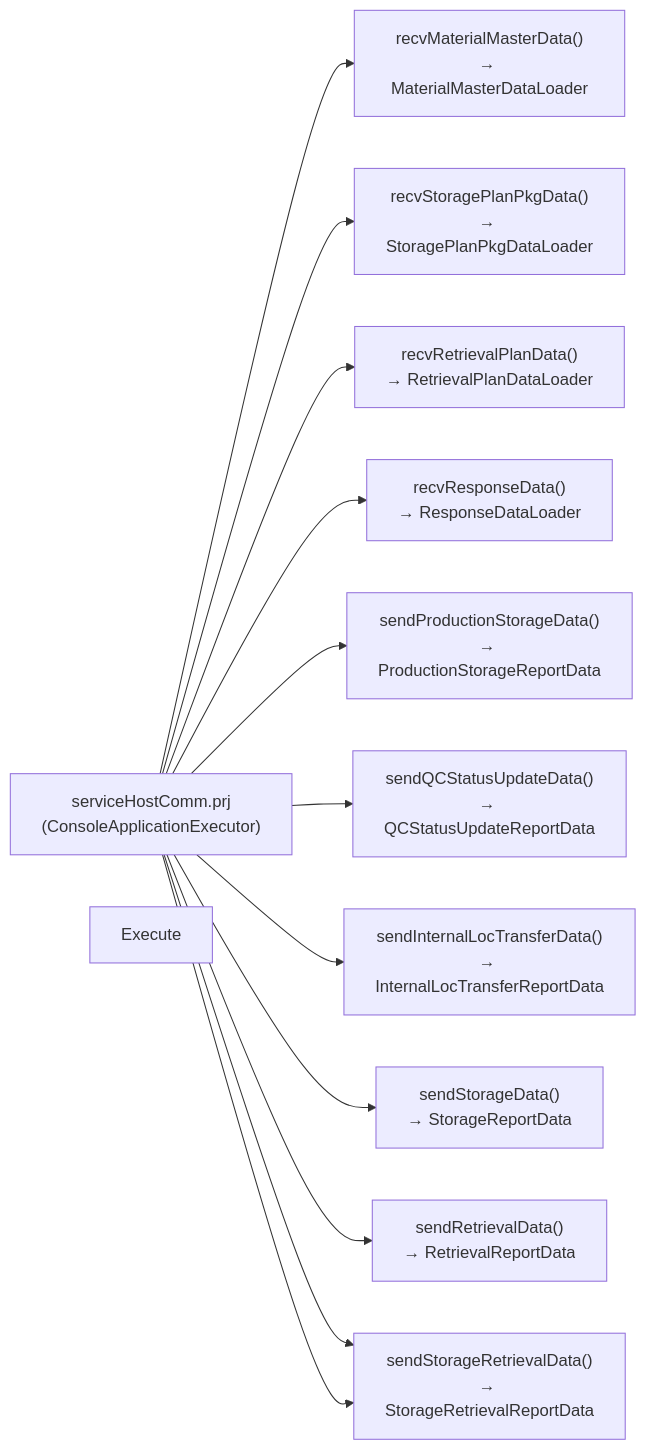
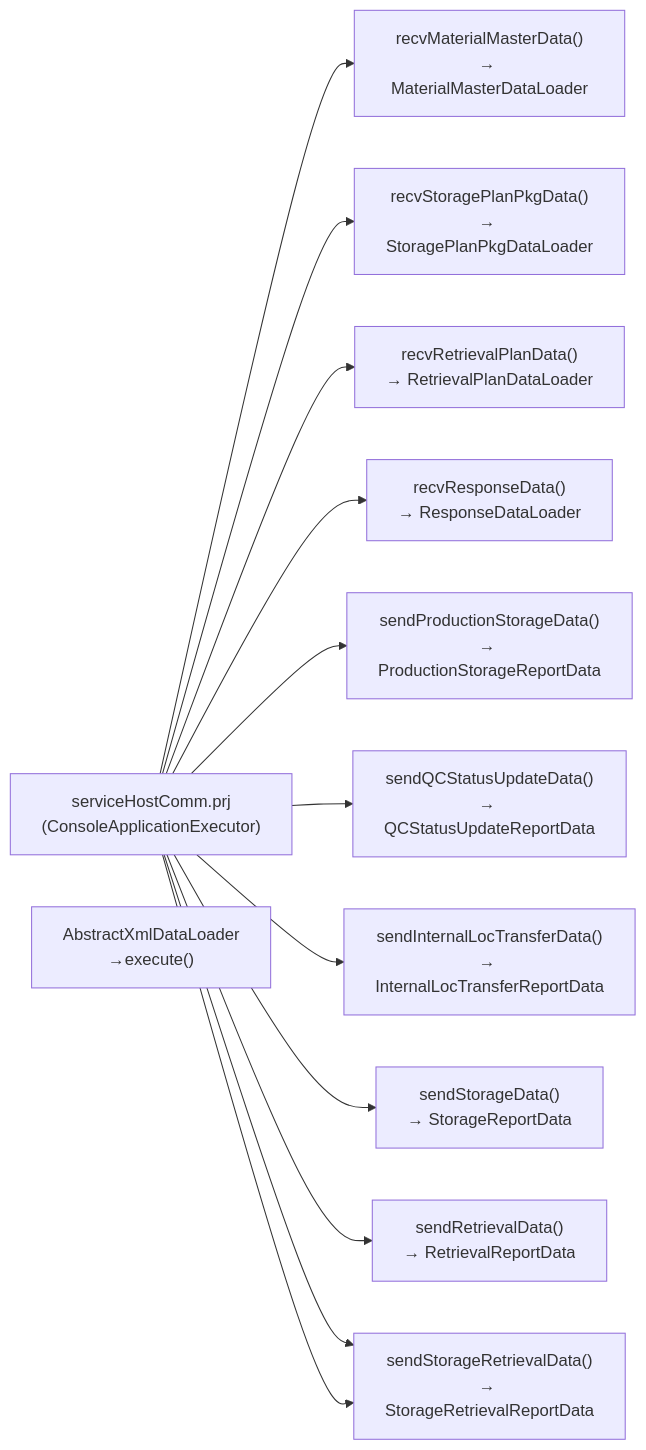
The diagram in Basic-Design/Host-Interfaces.md (luthfiadityaa/SimeDarby-Wiki), drawn with Mermaid before and after one commit.

Commit message:
Updated Host Interfaces

```diff
--- a/Basic-Design/Host-Interfaces.md
+++ b/Basic-Design/Host-Interfaces.md
@@ -31,27 +31,27 @@
 ::: mermaid
 flowchart LR
         C1["serviceHostComm.prj<br>(ConsoleApplicationExecutor)"]
         C2["recvMaterialMasterData()<br>→ MaterialMasterDataLoader"]
         C3["recvStoragePlanPkgData()<br>→ StoragePlanPkgDataLoader"]
         C4["recvRetrievalPlanData()<br>→ RetrievalPlanDataLoader"]
         C5["recvResponseData()<br>→ ResponseDataLoader"]
         C6["sendProductionStorageData()<br>→ ProductionStorageReportData"]
         C7["sendQCStatusUpdateData()<br>→ QCStatusUpdateReportData"]
         C8["sendInternalLocTransferData()<br>→ InternalLocTransferReportData"]
         C9["sendStorageData()<br>→ StorageReportData"]
         C10["sendRetrievalData()<br>→ RetrievalReportData"]
         C11["sendStorageRetrievalData()<br>→ StorageRetrievalReportData"]
         C1 --> C2
         C1 --> C3
         C1 --> C4
         C1 --> C5
         C1 --> C6
         C1 --> C7
         C1 --> C8
         C1 --> C9
         C1 --> C10
         C1 --> C11
 
-        C12["Execute"]
+        C12["AbstractXmlDataLoader<br>→execute()"]
         C1 --> C11
 :::
```
